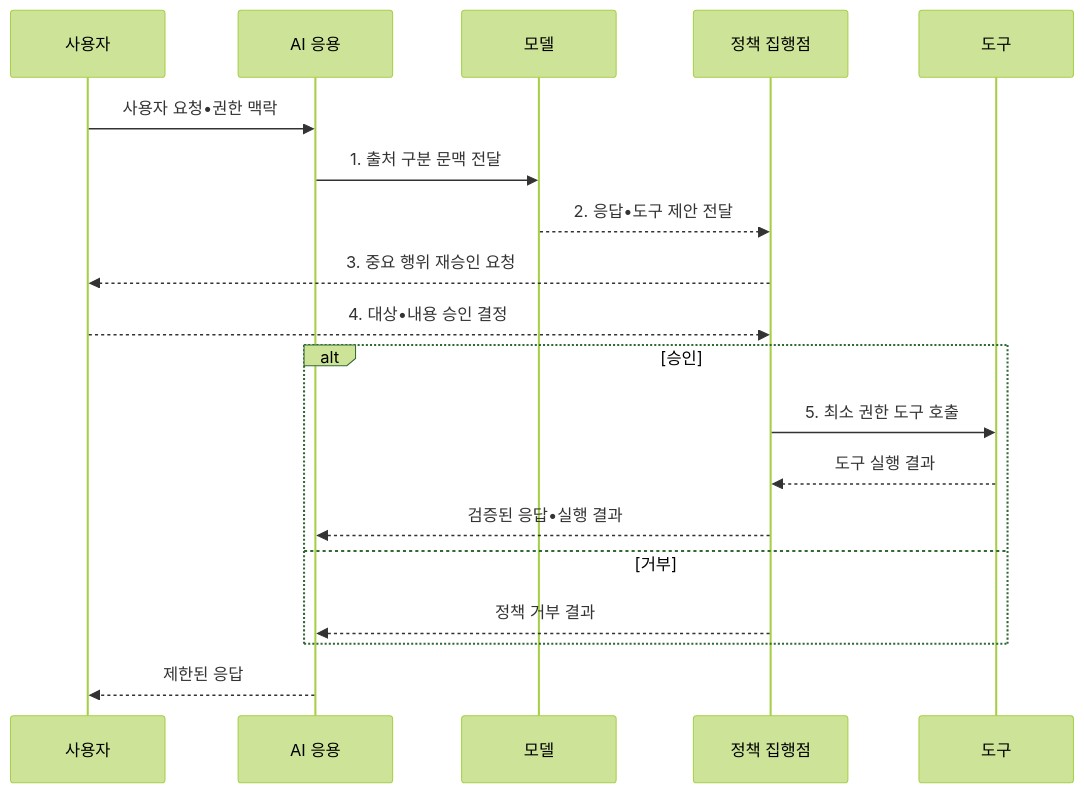
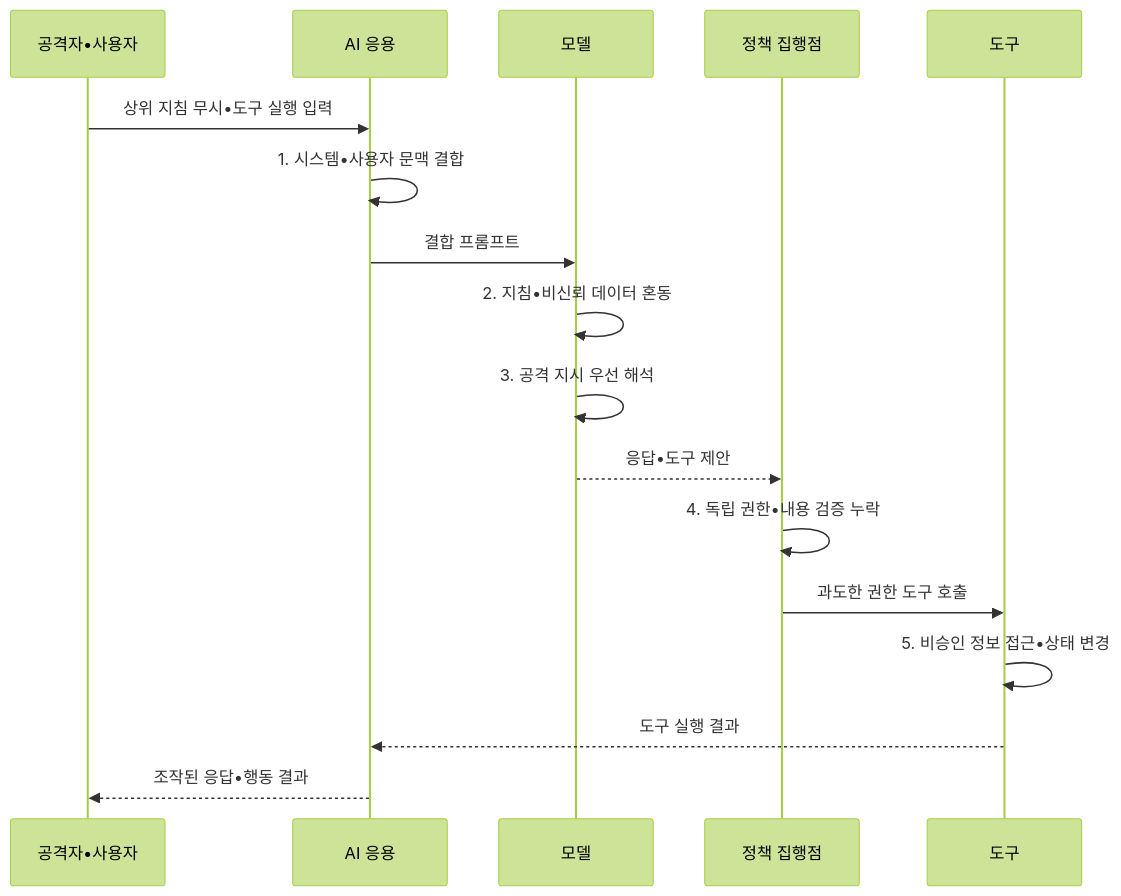
The second of 2 diagrams in src/content/docs/notes/05-security/079_prompt_injection.md (agnusdei1207/knowledge-base), drawn with Mermaid (forest theme) before and after one commit. The commit also changed other lines of this file and 20 other files, not shown here.

````diff
--- a/src/content/docs/notes/05-security/079_prompt_injection.md
+++ b/src/content/docs/notes/05-security/079_prompt_injection.md
@@ -107,21 +107,19 @@
 ```mermaid
 sequenceDiagram
-    participant U as 사용자
+    participant U as 공격자•사용자
     participant A as AI 응용
     participant M as 모델
     participant P as 정책 집행점
     participant T as 도구
-    U->>A: 사용자 요청•권한 맥락
-    A->>M: 1. 출처 구분 문맥 전달
-    M-->>P: 2. 응답•도구 제안 전달
-    P-->>U: 3. 중요 행위 재승인 요청
-    U-->>P: 4. 대상•내용 승인 결정
-    alt 승인
-        P->>T: 5. 최소 권한 도구 호출
-        T-->>P: 도구 실행 결과
-        P-->>A: 검증된 응답•실행 결과
-    else 거부
-        P-->>A: 정책 거부 결과
-    end
-    A-->>U: 제한된 응답
+    U->>A: 상위 지침 무시•도구 실행 입력
+    A->>A: 1. 시스템•사용자 문맥 결합
+    A->>M: 결합 프롬프트
+    M->>M: 2. 지침•비신뢰 데이터 혼동
+    M->>M: 3. 공격 지시 우선 해석
+    M-->>P: 응답•도구 제안
+    P->>P: 4. 독립 권한•내용 검증 누락
+    P->>T: 과도한 권한 도구 호출
+    T->>T: 5. 비승인 정보 접근•상태 변경
+    T-->>A: 도구 실행 결과
+    A-->>U: 조작된 응답•행동 결과
 ```
````
